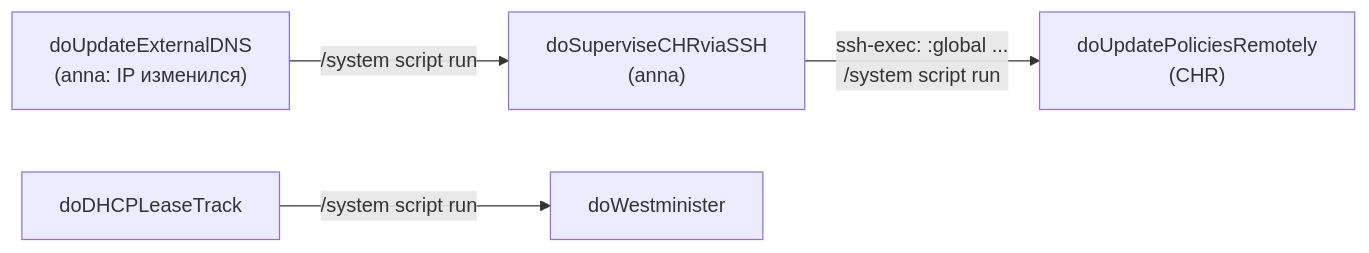
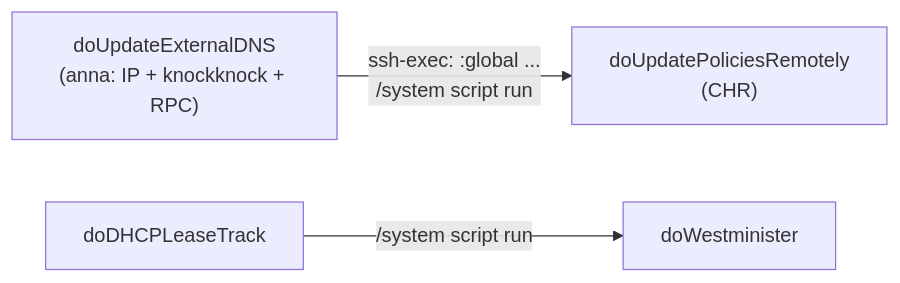
The second of 3 diagrams in docs/style-canon.md (Defm/mikroconf), drawn with Mermaid before and after one commit. The commit also changed other lines of this file and 8 other files, not shown here.

First line of the commit message:
Влить CHR RPC из doSuperviseCHRviaSSH в doUpdateExternalDNS.

````diff
--- a/docs/style-canon.md
+++ b/docs/style-canon.md
@@ -101,6 +101,5 @@
 ```mermaid
 flowchart LR
-  UE["doUpdateExternalDNS<br/>(anna: IP изменился)"] -->|"/system script run"| SV["doSuperviseCHRviaSSH<br/>(anna)"]
-  SV -->|"ssh-exec: :global ...<br/>/system script run"| UP["doUpdatePoliciesRemotely<br/>(CHR)"]
+  UE["doUpdateExternalDNS<br/>(anna: IP + knockknock + RPC)"] -->|"ssh-exec: :global ...<br/>/system script run"| UP["doUpdatePoliciesRemotely<br/>(CHR)"]
   DL["doDHCPLeaseTrack"] -->|"/system script run"| WM["doWestminister"]
 ```
````
